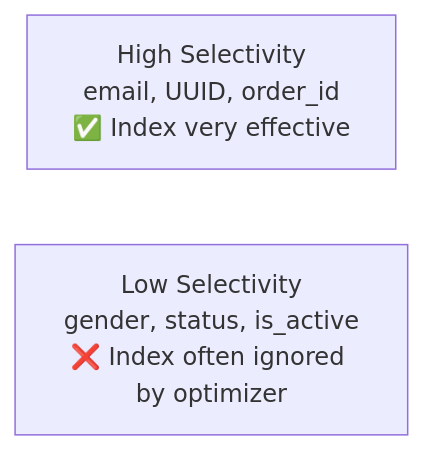
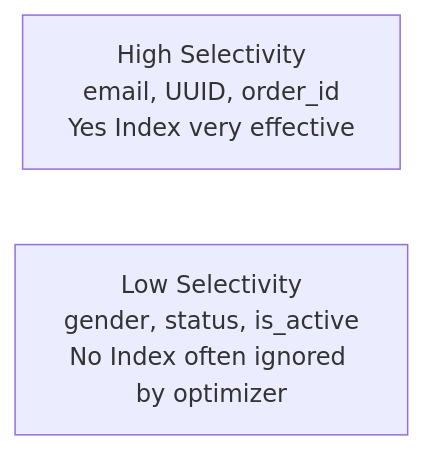
One commit to billywr/system-design changed diagram 36 of 41 in 08-fundamentals/23-scaling-cap-caching-load-balancing-sharding-indexing.md. Above: the diagram before and after it, drawn with Mermaid. The commit also changed other lines of this file and 39 other files, not shown here.

````diff
--- a/08-fundamentals/23-scaling-cap-caching-load-balancing-sharding-indexing.md
+++ b/08-fundamentals/23-scaling-cap-caching-load-balancing-sharding-indexing.md
@@ -1179,5 +1179,5 @@
 ```mermaid
 graph LR
-    HIGH[High Selectivity<br/>email, UUID, order_id<br/>✅ Index very effective]
-    LOW[Low Selectivity<br/>gender, status, is_active<br/>❌ Index often ignored by optimizer]
+    HIGH[High Selectivity<br/>email, UUID, order_id<br/>Yes Index very effective]
+    LOW[Low Selectivity<br/>gender, status, is_active<br/>No Index often ignored by optimizer]
 ```
````
